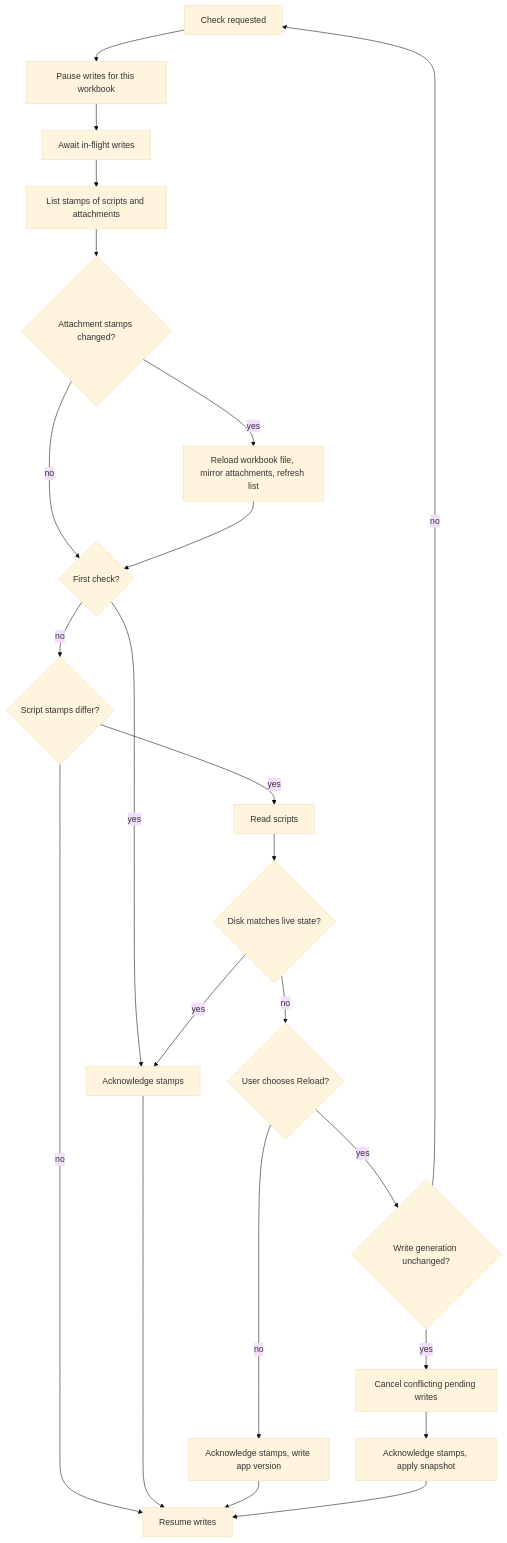
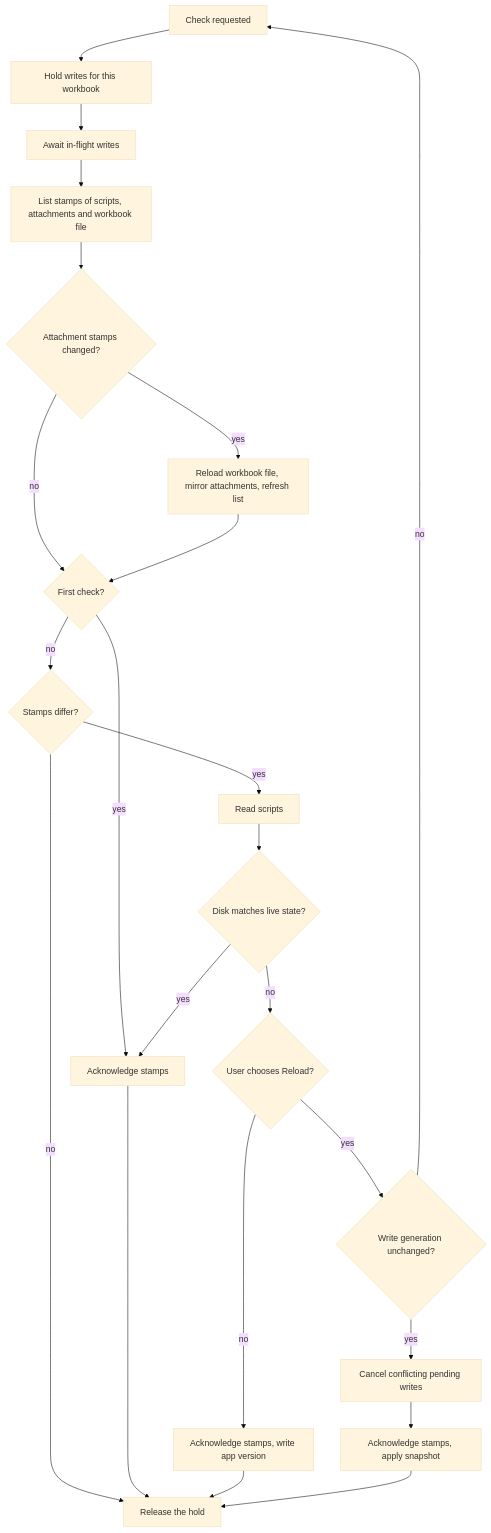
Before and after one commit to ankoh/dashql: the second of 2 diagrams in docs/design/native_file_sync.md, drawn with Mermaid (base theme). The commit also changed other lines of this file and 66 other files, not shown here.

First line of the commit message:
Hold storage writes with reasons, keep failed writes and check imported names

````diff
--- a/docs/design/native_file_sync.md
+++ b/docs/design/native_file_sync.md
@@ -143,25 +146,25 @@
 ```mermaid
 flowchart TD
-    E[Check requested] --> P[Pause writes for this workbook]
+    E[Check requested] --> P[Hold writes for this workbook]
     P --> S[Await in-flight writes]
-    S --> T[List stamps of scripts and attachments]
+    S --> T[List stamps of scripts, attachments and workbook file]
     T --> A{Attachment stamps changed?}
     A -->|yes| M[Reload workbook file, mirror attachments, refresh list]
     A -->|no| B
     M --> B{First check?}
     B -->|yes| K[Acknowledge stamps]
-    B -->|no| X{Script stamps differ?}
-    X -->|no| Z[Resume writes]
+    B -->|no| X{Stamps differ?}
+    X -->|no| Z[Release the hold]
     X -->|yes| R[Read scripts]
     R --> Q{Disk matches live state?}
     Q -->|yes| K
     Q -->|no| D{User chooses Reload?}
     D -->|no| KP[Acknowledge stamps, write app version]
     D -->|yes| G{Write generation unchanged?}
     G -->|no| E
     G -->|yes| C[Cancel conflicting pending writes]
     C --> U[Acknowledge stamps, apply snapshot]
     K --> Z
     KP --> Z
     U --> Z
 ```
````
